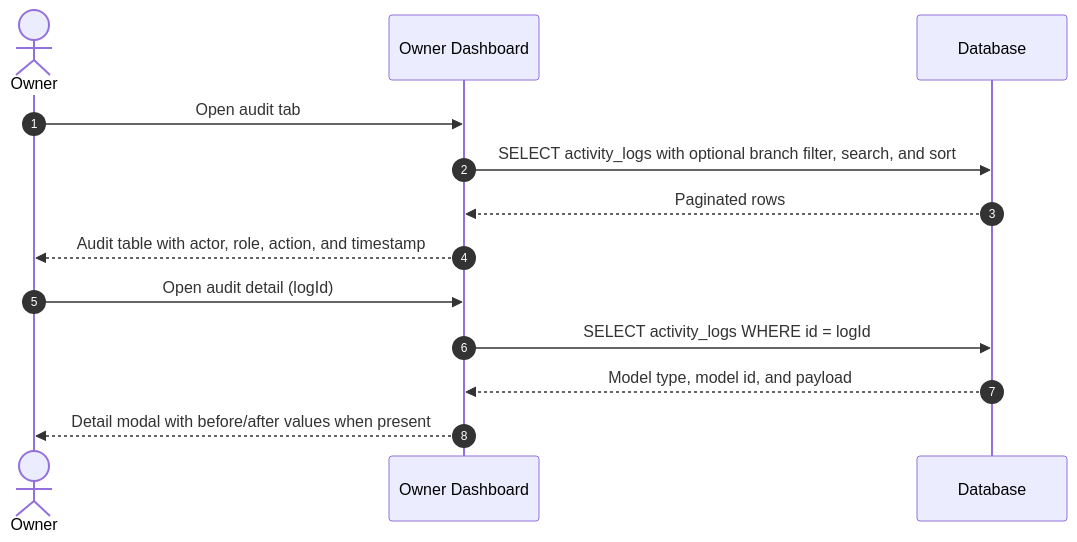
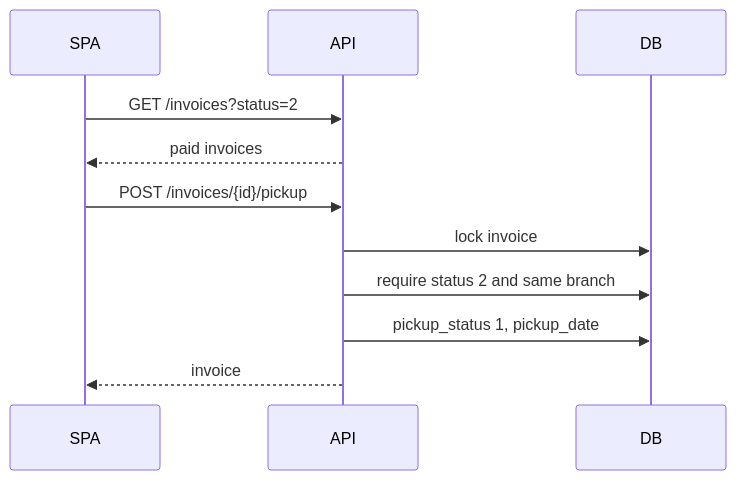
Before and after one commit to Arukast/pos_alja: the sixth of 8 diagrams in docs/architecture/sequence-diagrams.md, drawn with Mermaid. The commit also changed other lines of this file and 10 other files, not shown here.

Commit message:
docs: document api-first architecture

````diff
--- a/docs/architecture/sequence-diagrams.md
+++ b/docs/architecture/sequence-diagrams.md
@@ -697,17 +106,14 @@
 ```mermaid
 sequenceDiagram
-    autonumber
-    actor O as Owner
-    participant UI as Owner Dashboard
-    participant DB as Database
+    participant SPA
+    participant API
+    participant DB
 
-    O->>UI: Open audit tab
-    UI->>DB: SELECT activity_logs with optional branch filter, search, and sort
-    DB-->>UI: Paginated rows
-    UI-->>O: Audit table with actor, role, action, and timestamp
-
-    O->>UI: Open audit detail (logId)
-    UI->>DB: SELECT activity_logs WHERE id = logId
-    DB-->>UI: Model type, model id, and payload
-    UI-->>O: Detail modal with before/after values when present
+    SPA->>API: GET /invoices?status=2
+    API-->>SPA: paid invoices
+    SPA->>API: POST /invoices/{id}/pickup
+    API->>DB: lock invoice
+    API->>DB: require status 2 and same branch
+    API->>DB: pickup_status 1, pickup_date
+    API-->>SPA: invoice
 ```
````
